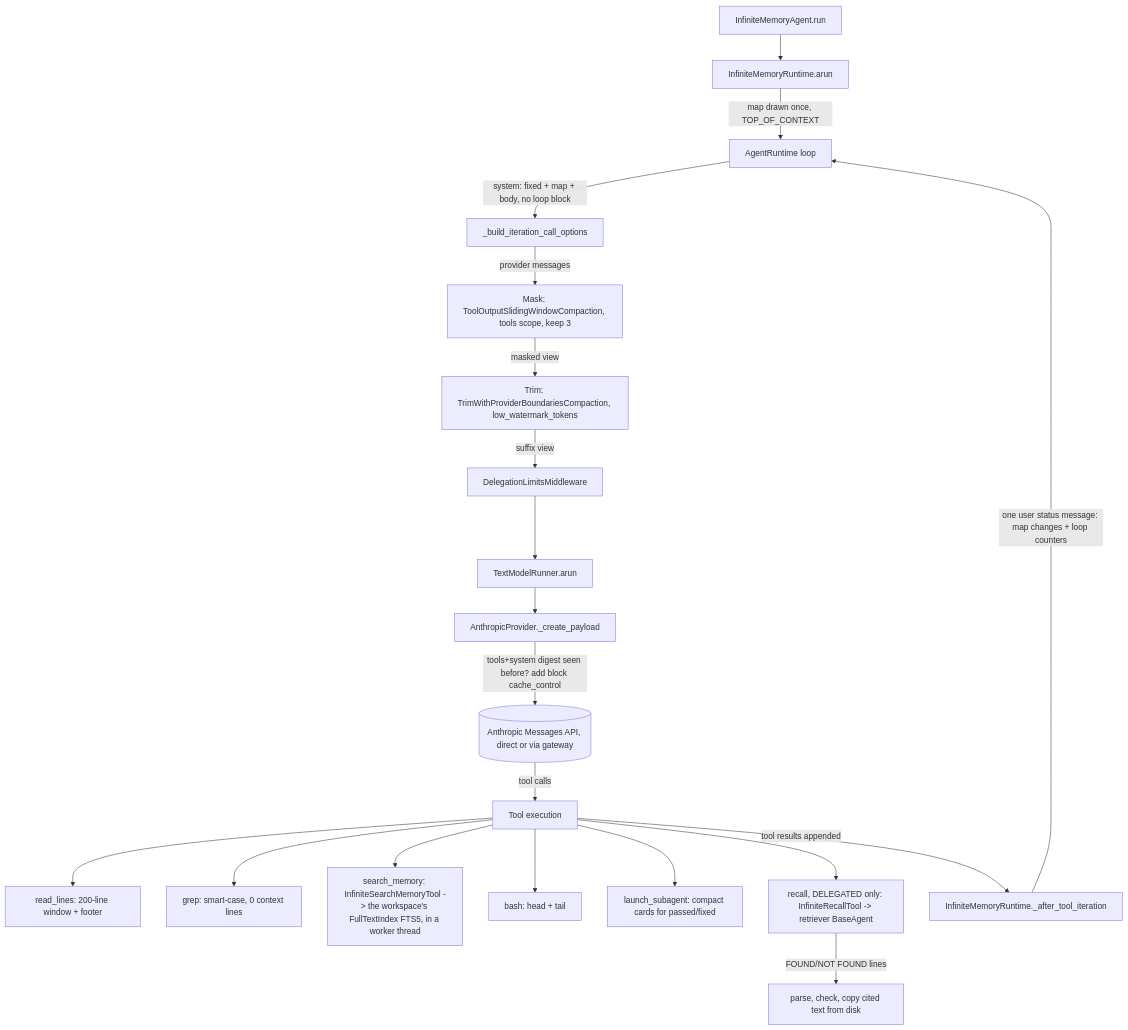
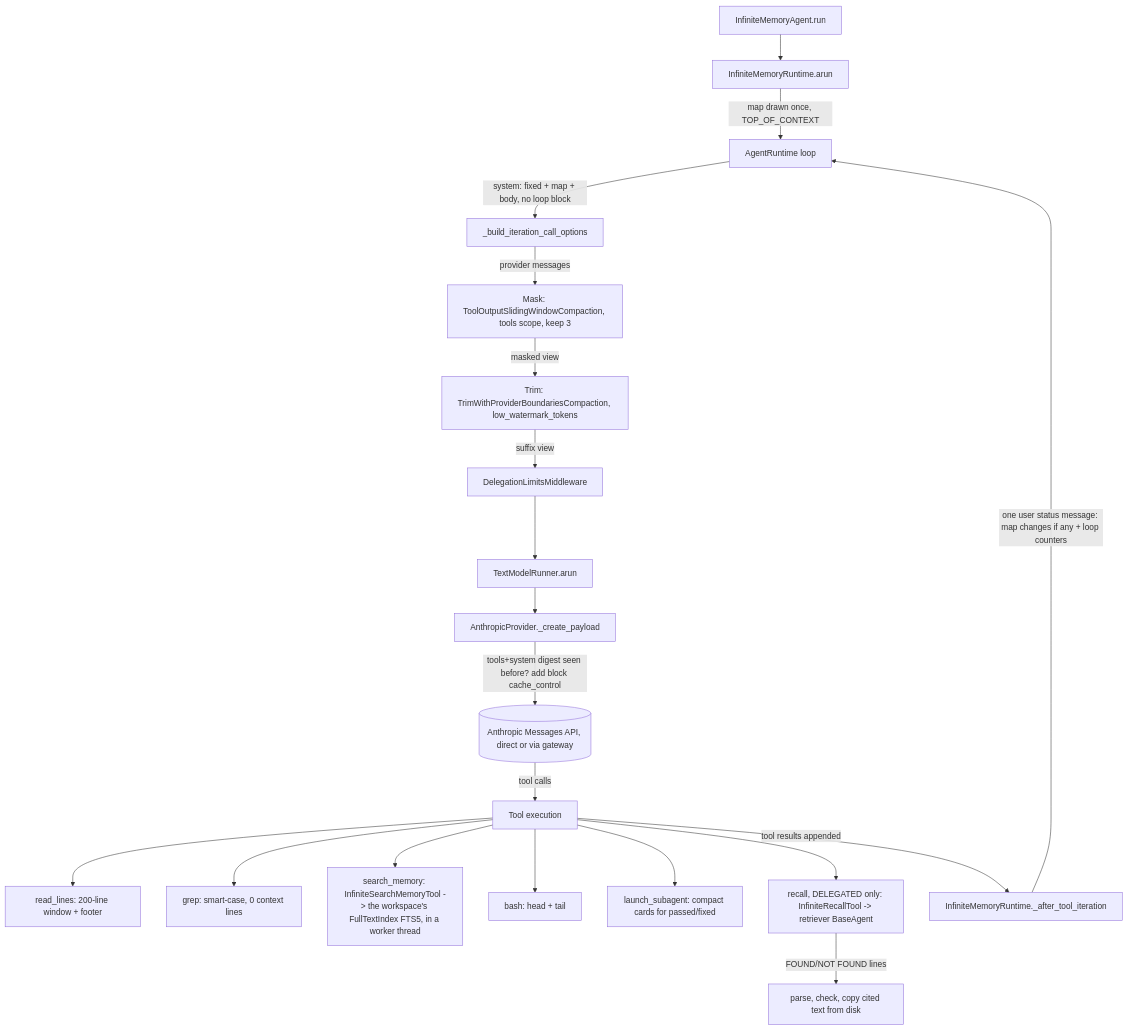
The diagram in docs/spec/infinite-memory-context-economy/spec.md (cerredz/Vidbyte-SDK), drawn with Mermaid before and after one commit. The commit also changed other lines of this file, not shown here.

````diff
--- a/docs/spec/infinite-memory-context-economy/spec.md
+++ b/docs/spec/infinite-memory-context-economy/spec.md
@@ -123,22 +123,22 @@
 ```mermaid
 flowchart TD
   A[InfiniteMemoryAgent.run] --> B[InfiniteMemoryRuntime.arun]
   B -->|map drawn once, TOP_OF_CONTEXT| C[AgentRuntime loop]
   C -->|system: fixed + map + body, no loop block| D[_build_iteration_call_options]
   D -->|provider messages| M1[Mask: ToolOutputSlidingWindowCompaction, tools scope, keep 3]
   M1 -->|masked view| M2[Trim: TrimWithProviderBoundariesCompaction, low_watermark_tokens]
   M2 -->|suffix view| M3[DelegationLimitsMiddleware]
   M3 --> E[TextModelRunner.arun]
   E --> F[AnthropicProvider._create_payload]
   F -->|tools+system digest seen before? add block cache_control| G[(Anthropic Messages API, direct or via gateway)]
   G -->|tool calls| H[Tool execution]
   H --> T1[read_lines: 200-line window + footer]
   H --> T2[grep: smart-case, 0 context lines]
   H --> T3[search_memory: InfiniteSearchMemoryTool -> the workspace's FullTextIndex FTS5, in a worker thread]
   H --> T4[bash: head + tail]
   H --> T5[launch_subagent: compact cards for passed/fixed]
   H --> T6[recall, DELEGATED only: InfiniteRecallTool -> retriever BaseAgent]
   T6 -->|FOUND/NOT FOUND lines| T7[parse, check, copy cited text from disk]
   H -->|tool results appended| I[InfiniteMemoryRuntime._after_tool_iteration]
-  I -->|one user status message: map changes + loop counters| C
+  I -->|one user status message: map changes if any + loop counters| C
 ```
````
